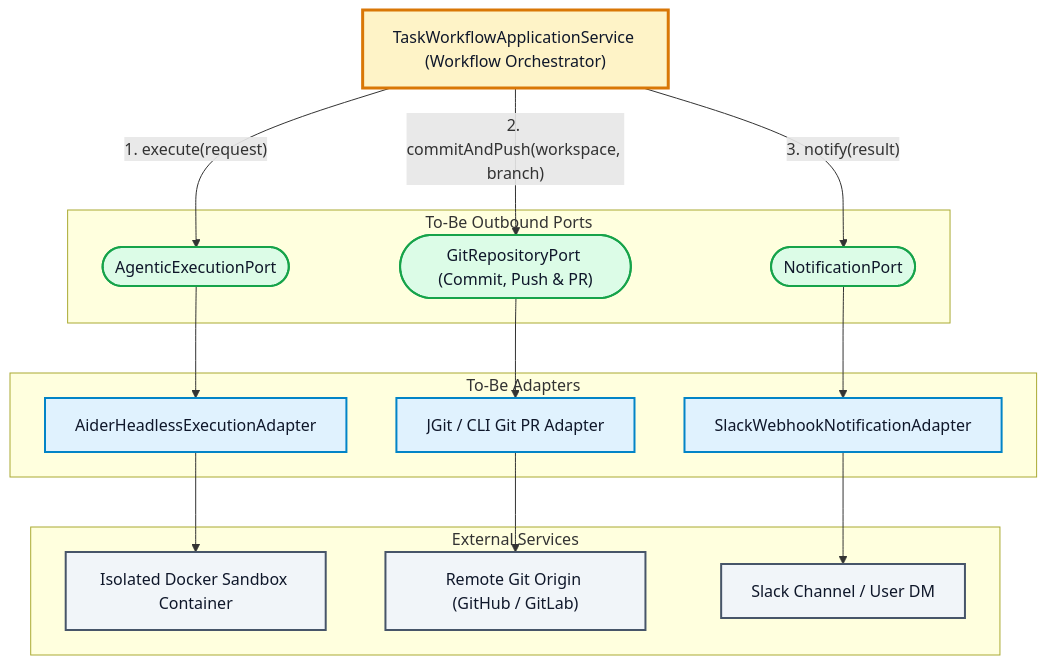
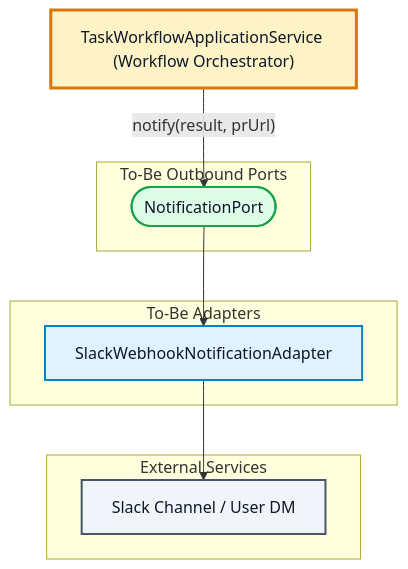
The second of 4 diagrams in docs/ARCHITECTURE.md (celikfatih/synapse), drawn with Mermaid before and after one commit. The commit also changed other lines of this file and 21 other files, not shown here.

Commit message:
feat: add support for autonomous GitHub Pull Request creation and tracking

````diff
--- a/docs/ARCHITECTURE.md
+++ b/docs/ARCHITECTURE.md
@@ -149,31 +149,23 @@
 ```mermaid
 flowchart TD
     classDef core fill:#fef3c7,stroke:#d97706,stroke-width:3px,color:#0f172a
     classDef port fill:#dcfce7,stroke:#16a34a,stroke-width:2px,color:#0f172a
     classDef adapter fill:#e0f2fe,stroke:#0284c7,stroke-width:2px,color:#0f172a
     classDef external fill:#f1f5f9,stroke:#475569,stroke-width:2px,color:#0f172a
 
     AppService["TaskWorkflowApplicationService (Workflow Orchestrator)"]:::core
 
     subgraph FUTURE_PORTS [To-Be Outbound Ports]
-        AgentPort(["AgenticExecutionPort"]):::port
-        GitCommitPort(["GitRepositoryPort (Commit, Push & PR)"]):::port
         NotifyPort(["NotificationPort"]):::port
     end
 
     subgraph FUTURE_ADAPTERS [To-Be Adapters]
-        AgentAdapter["AiderHeadlessExecutionAdapter"]:::adapter
-        GitCLIAdapter["JGit / CLI Git PR Adapter"]:::adapter
         SlackNotifyAdapter["SlackWebhookNotificationAdapter"]:::adapter
     end
 
     subgraph EXTERNAL_SYSTEMS [External Services]
-        Sandbox["Isolated Docker Sandbox Container"]:::external
-        GitOrigin["Remote Git Origin (GitHub / GitLab)"]:::external
         Slack["Slack Channel / User DM"]:::external
     end
 
-    AppService -->|"1. execute(request)"| AgentPort --> AgentAdapter --> Sandbox
-    AppService -->|"2. commitAndPush(workspace, branch)"| GitCommitPort --> GitCLIAdapter --> GitOrigin
-    AppService -->|"3. notify(result)"| NotifyPort --> SlackNotifyAdapter --> Slack
+    AppService -->|"notify(result, prUrl)"| NotifyPort --> SlackNotifyAdapter --> Slack
 ```
````
